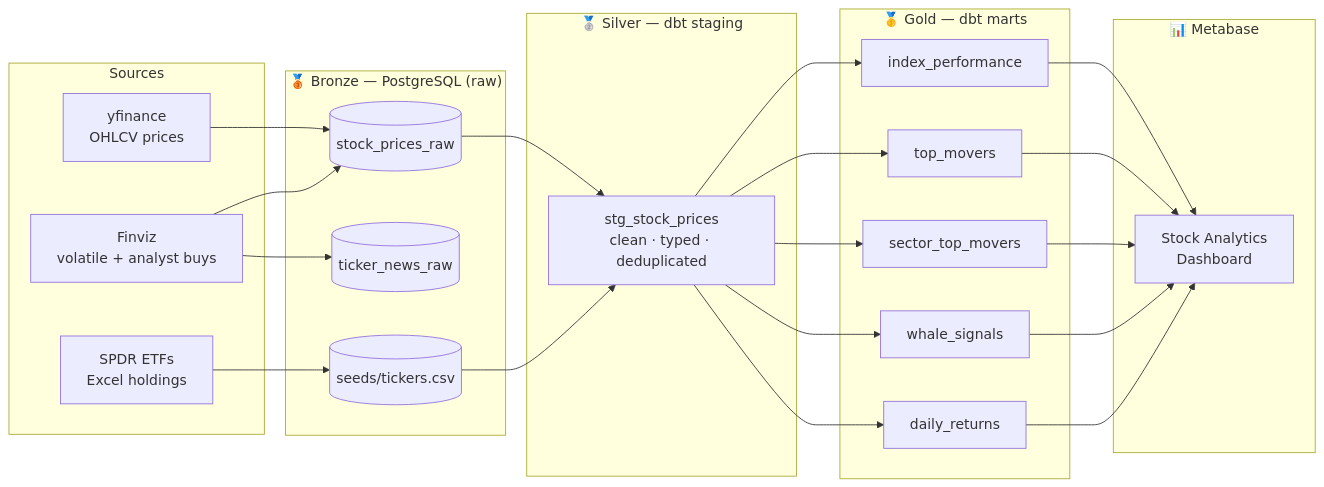
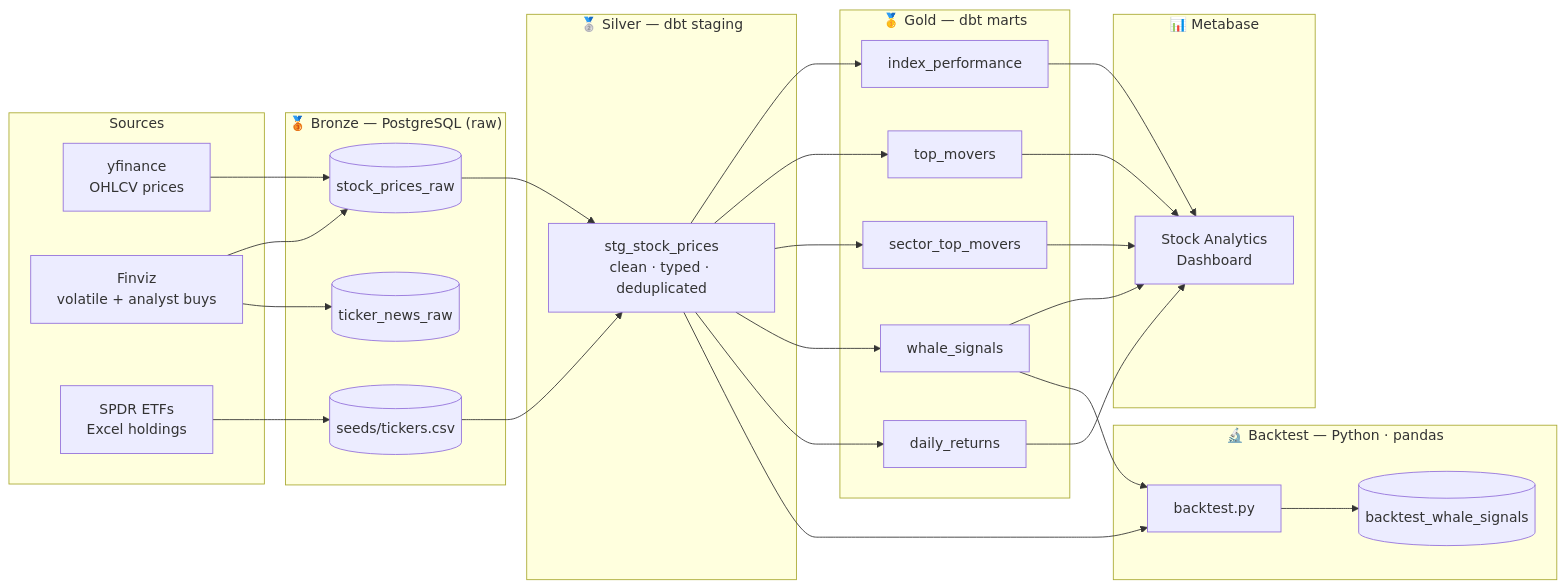
The diagram in README.md (Neotopia/stock-analytics-pipeline), drawn with Mermaid before and after one commit. The commit also changed other lines of this file and 1 other file, not shown here.

Commit message:
feat: new python script - backtest

````diff
--- a/README.md
+++ b/README.md
@@ -31,39 +31,47 @@
 ```mermaid
 flowchart LR
     subgraph Sources
         A[yfinance\nOHLCV prices]
         B[Finviz\nvolatile + analyst buys]
         C[SPDR ETFs\nExcel holdings]
     end
 
     subgraph Bronze["🥉 Bronze — PostgreSQL (raw)"]
         D[(stock_prices_raw)]
         E[(ticker_news_raw)]
         F[(seeds/tickers.csv)]
     end
 
     subgraph Silver["🥈 Silver — dbt staging"]
         G[stg_stock_prices\nclean · typed · deduplicated]
     end
 
     subgraph Gold["🥇 Gold — dbt marts"]
         H[index_performance]
         I[top_movers]
         J[sector_top_movers]
         K[whale_signals]
         L[daily_returns]
     end
 
     subgraph Viz["📊 Metabase"]
         M[Stock Analytics\nDashboard]
     end
 
+    subgraph Backtest["🔬 Backtest — Python · pandas"]
+        N[backtest.py]
+        O[(backtest_whale_signals)]
+    end
+
     A --> D
     B --> D
     B --> E
     C --> F
     D --> G
     F --> G
     G --> H & I & J & K & L
     H & I & J & K & L --> M
+    G --> N
+    K --> N
+    N --> O
 ```
````
